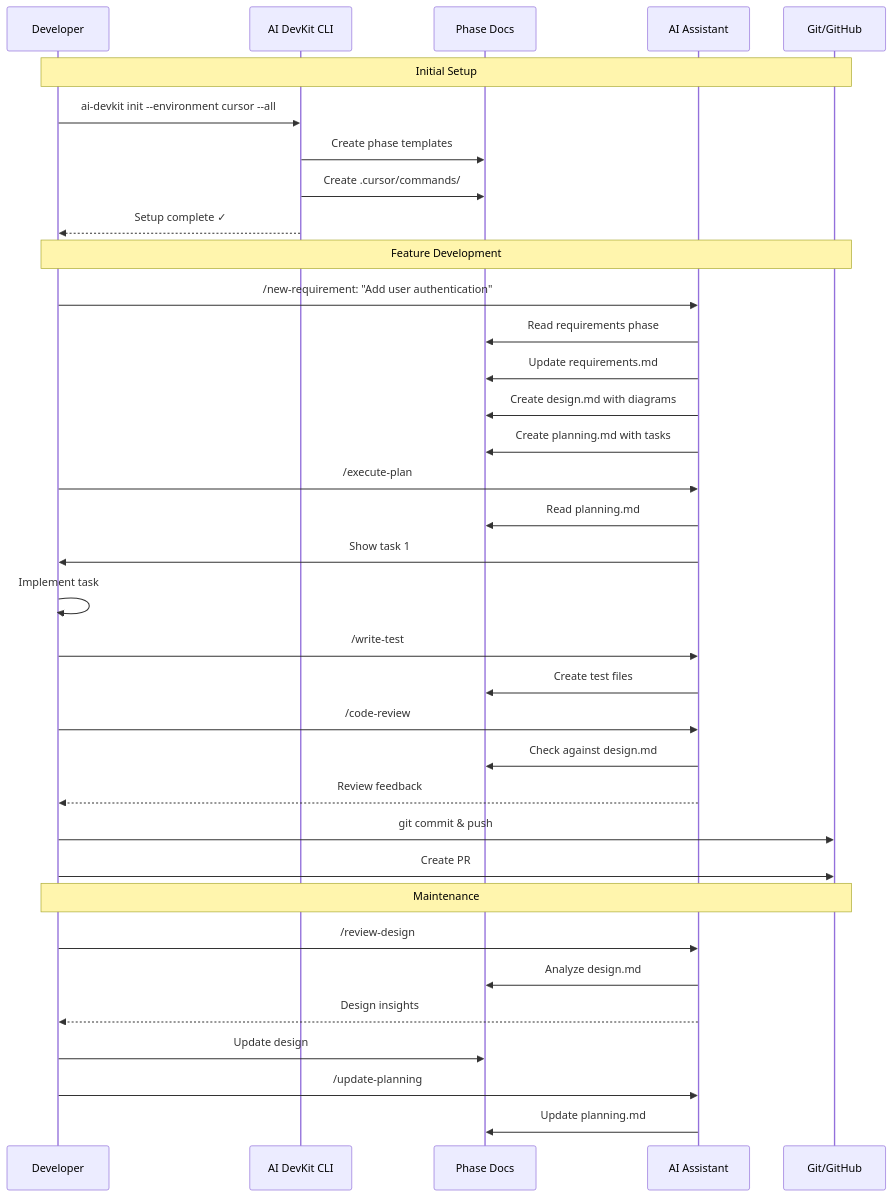
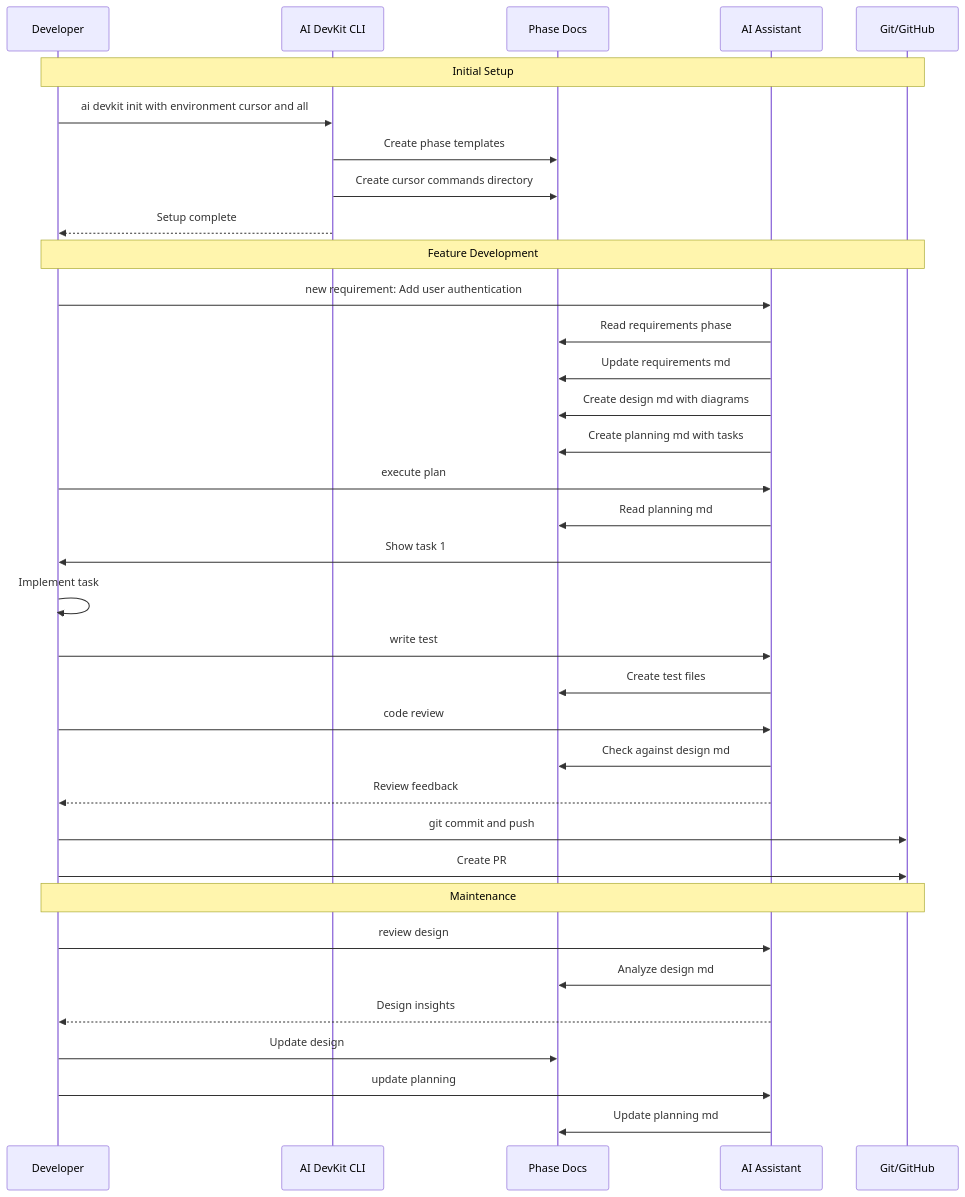
The third of 5 diagrams in README.md (lytv/ai-devkit), drawn with Mermaid before and after one commit. The commit also changed other lines of this file, not shown here.

Commit message:
ok fig diagram

````diff
--- a/README.md
+++ b/README.md
@@ -115,42 +108,42 @@
 ```mermaid
 sequenceDiagram
     participant Dev as Developer
     participant CLI as AI DevKit CLI
     participant Docs as Phase Docs
     participant AI as AI Assistant
     participant Git as Git/GitHub
     
     Note over Dev,Git: Initial Setup
-    Dev->>CLI: ai-devkit init --environment cursor --all
+    Dev->>CLI: ai devkit init with environment cursor and all
     CLI->>Docs: Create phase templates
-    CLI->>Docs: Create .cursor/commands/
-    CLI-->>Dev: Setup complete ✓
+    CLI->>Docs: Create cursor commands directory
+    CLI-->>Dev: Setup complete
     
     Note over Dev,Git: Feature Development
-    Dev->>AI: /new-requirement: "Add user authentication"
+    Dev->>AI: new requirement: Add user authentication
     AI->>Docs: Read requirements phase
-    AI->>Docs: Update requirements.md
-    AI->>Docs: Create design.md with diagrams
-    AI->>Docs: Create planning.md with tasks
+    AI->>Docs: Update requirements md
+    AI->>Docs: Create design md with diagrams
+    AI->>Docs: Create planning md with tasks
     
-    Dev->>AI: /execute-plan
-    AI->>Docs: Read planning.md
+    Dev->>AI: execute plan
+    AI->>Docs: Read planning md
     AI->>Dev: Show task 1
     Dev->>Dev: Implement task
-    Dev->>AI: /write-test
+    Dev->>AI: write test
     AI->>Docs: Create test files
-    Dev->>AI: /code-review
-    AI->>Docs: Check against design.md
+    Dev->>AI: code review
+    AI->>Docs: Check against design md
     AI-->>Dev: Review feedback
     
-    Dev->>Git: git commit & push
+    Dev->>Git: git commit and push
     Dev->>Git: Create PR
     
     Note over Dev,Git: Maintenance
-    Dev->>AI: /review-design
-    AI->>Docs: Analyze design.md
+    Dev->>AI: review design
+    AI->>Docs: Analyze design md
     AI-->>Dev: Design insights
     Dev->>Docs: Update design
-    Dev->>AI: /update-planning
-    AI->>Docs: Update planning.md
+    Dev->>AI: update planning
+    AI->>Docs: Update planning md
 ```
````
